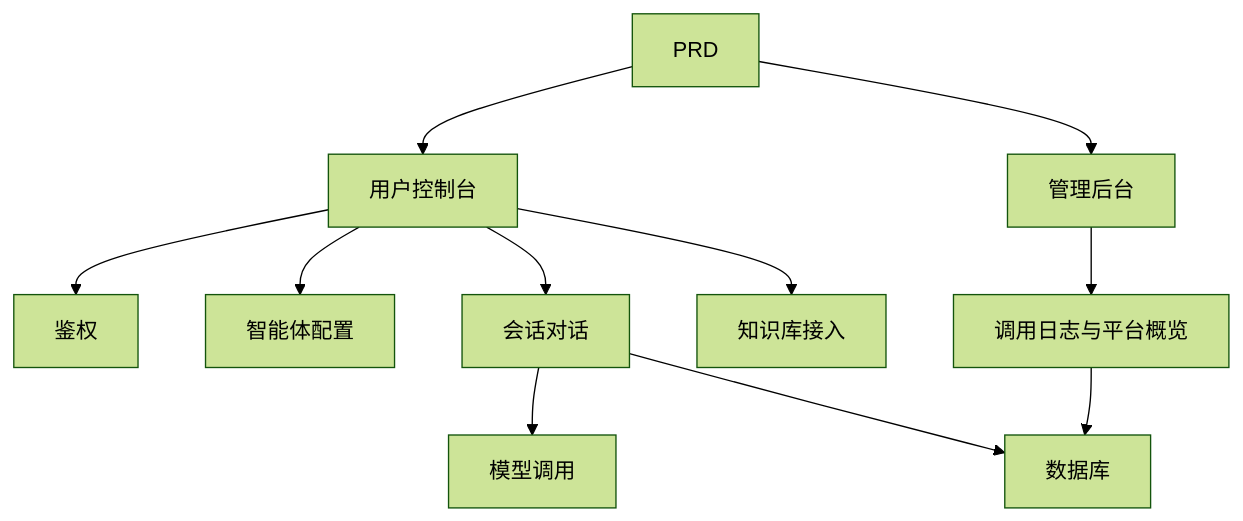
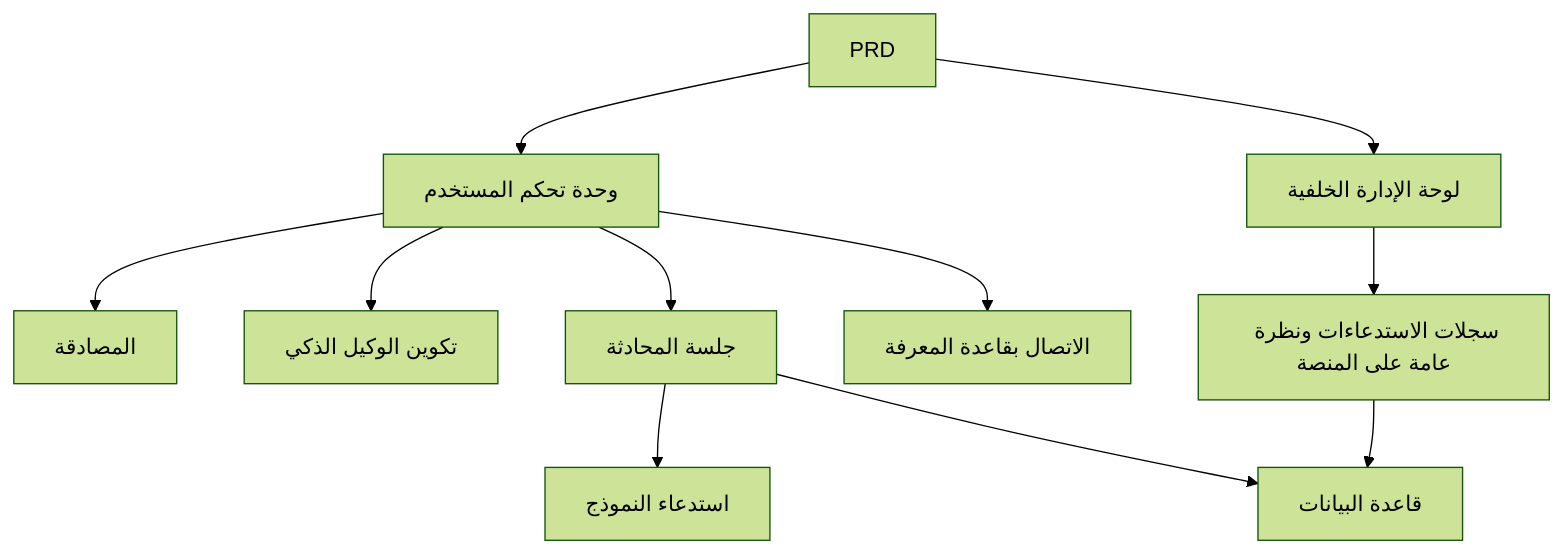
Before and after one commit to sketchymonk/easy-vibe: the diagram in docs/ar-sa/stage-2/assignments/custom-dify-agent-platform/index.md, drawn with Mermaid (forest theme). The commit also changed other lines of this file and 59 other files, not shown here.

````diff
--- a/docs/ar-sa/stage-2/assignments/custom-dify-agent-platform/index.md
+++ b/docs/ar-sa/stage-2/assignments/custom-dify-agent-platform/index.md
@@ -73,13 +73,13 @@
 ```mermaid
 flowchart TD
-  prd["PRD"] --> app["用户控制台"]
-  prd --> admin["管理后台"]
-  app --> auth["鉴权"]
-  app --> agent["智能体配置"]
-  app --> chat["会话对话"]
-  chat --> llm["模型调用"]
-  chat --> db["数据库"]
-  app --> kb["知识库接入"]
-  admin --> logs["调用日志与平台概览"]
+  prd["PRD"] --> app["وحدة تحكم المستخدم"]
+  prd --> admin["لوحة الإدارة الخلفية"]
+  app --> auth["المصادقة"]
+  app --> agent["تكوين الوكيل الذكي"]
+  app --> chat["جلسة المحادثة"]
+  chat --> llm["استدعاء النموذج"]
+  chat --> db["قاعدة البيانات"]
+  app --> kb["الاتصال بقاعدة المعرفة"]
+  admin --> logs["سجلات الاستدعاءات ونظرة عامة على المنصة"]
   logs --> db
 ```
````
